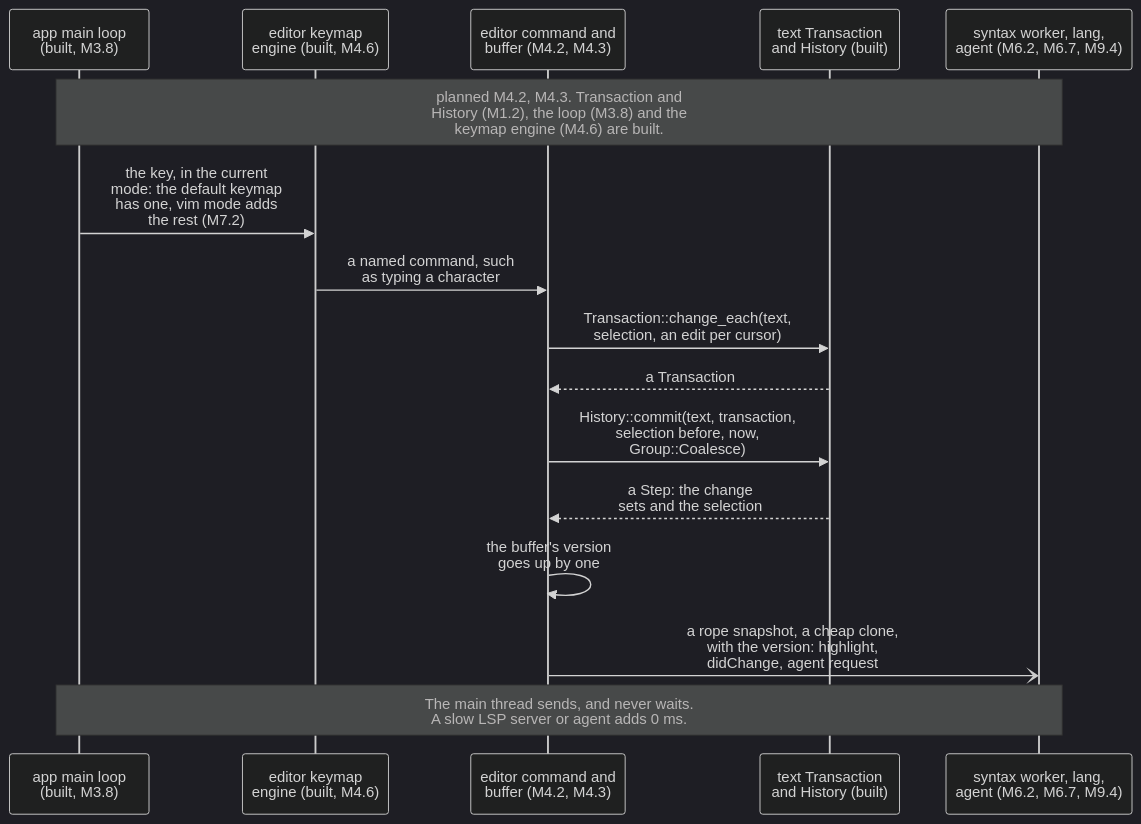
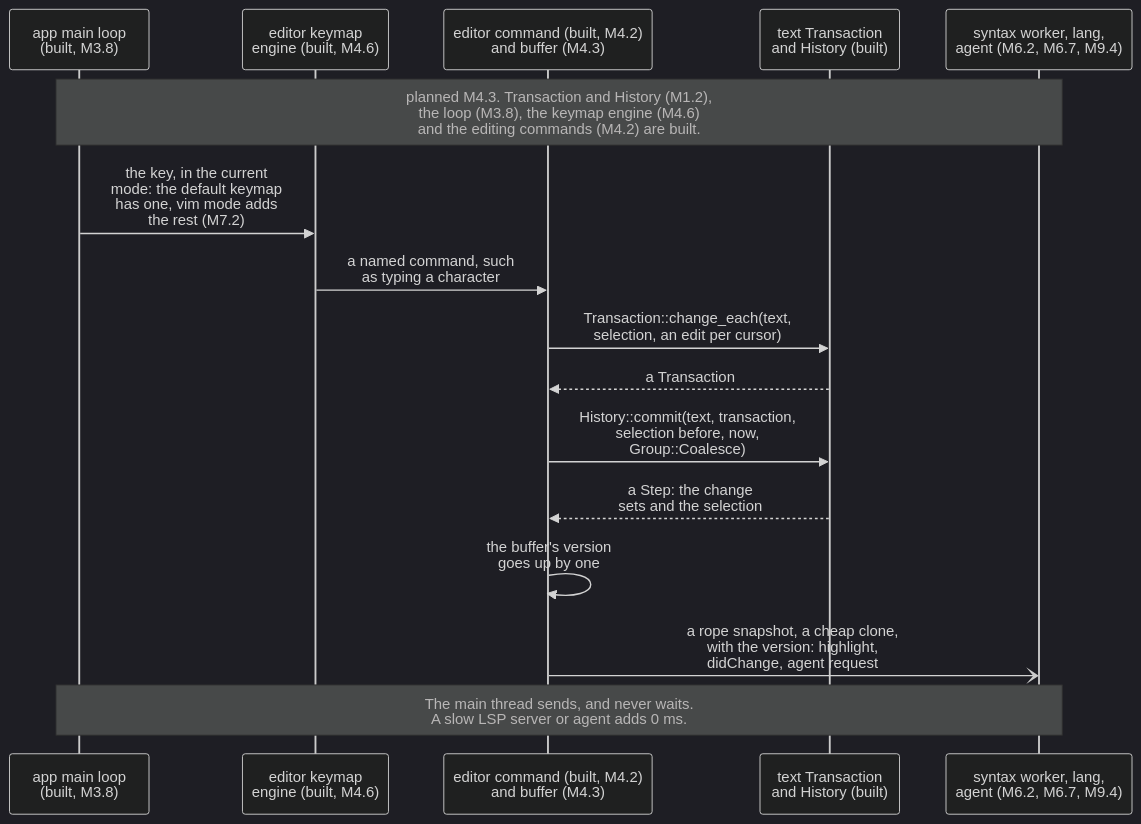
Diagram 13 of 24 in diagrams/sequence-diagrams.md (jabbott-iii/Tidepool), drawn with Mermaid (dark theme) before and after one commit. The commit also changed other lines of this file and 38 other files, not shown here.

First line of the commit message:
feat(editor,text): editing commands, multi-cursor, undo and clipboard (M4.2)

````diff
--- a/diagrams/sequence-diagrams.md
+++ b/diagrams/sequence-diagrams.md
@@ -684,19 +686,19 @@
 ```mermaid
 sequenceDiagram
     participant ML as app main loop<br/>(built, M3.8)
     participant Keys as editor keymap<br/>engine (built, M4.6)
-    participant Cmd as editor command and<br/>buffer (M4.2, M4.3)
+    participant Cmd as editor command (built, M4.2)<br/>and buffer (M4.3)
     participant Txt as text Transaction<br/>and History (built)
     participant Bg as syntax worker, lang,<br/>agent (M6.2, M6.7, M9.4)
 
-    Note over ML,Bg: planned M4.2, M4.3. Transaction and<br/>History (M1.2), the loop (M3.8) and the<br/>keymap engine (M4.6) are built.
+    Note over ML,Bg: planned M4.3. Transaction and History (M1.2),<br/>the loop (M3.8), the keymap engine (M4.6)<br/>and the editing commands (M4.2) are built.
     ML->>Keys: the key, in the current<br/>mode: the default keymap<br/>has one, vim mode adds<br/>the rest (M7.2)
     Keys->>Cmd: a named command, such<br/>as typing a character
     Cmd->>Txt: Transaction::change_each(text,<br/>selection, an edit per cursor)
     Txt-->>Cmd: a Transaction
     Cmd->>Txt: History::commit(text, transaction,<br/>selection before, now,<br/>Group::Coalesce)
     Txt-->>Cmd: a Step: the change<br/>sets and the selection
     Cmd->>Cmd: the buffer's version<br/>goes up by one
     Cmd-)Bg: a rope snapshot, a cheap clone,<br/>with the version: highlight,<br/>didChange, agent request
     Note over ML,Bg: The main thread sends, and never waits.<br/>A slow LSP server or agent adds 0 ms.
 ```
````
